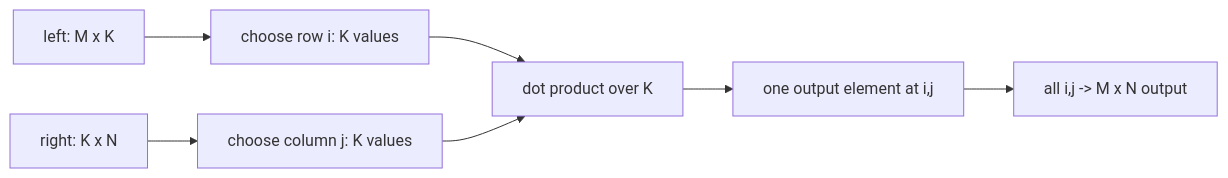
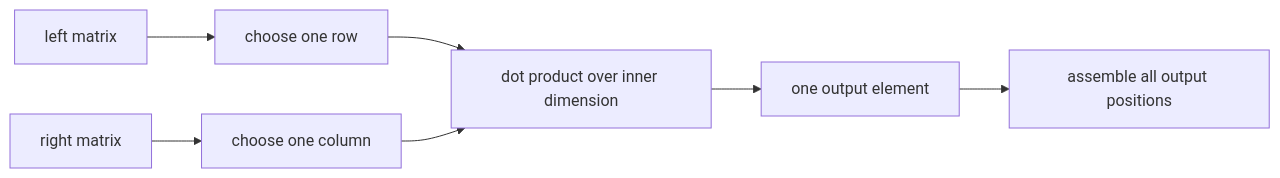
The second of 2 diagrams in ai_theory/T3/T3.md (FxorG00/system-learning-notes), drawn with Mermaid before and after one commit. The commit also changed other lines of this file and 6 other files, not shown here.

````diff
--- a/ai_theory/T3/T3.md
+++ b/ai_theory/T3/T3.md
@@ -397,9 +399,9 @@
 ```mermaid
 flowchart LR
-    L[left: M x K] --> R1[choose row i: K values]
-    R[right: K x N] --> C1[choose column j: K values]
-    R1 --> D[dot product over K]
+    L[left matrix] --> R1[choose one row]
+    R[right matrix] --> C1[choose one column]
+    R1 --> D[dot product over inner dimension]
     C1 --> D
-    D --> O[one output element at i,j]
-    O --> S[all i,j -> M x N output]
+    D --> O[one output element]
+    O --> S[assemble all output positions]
 ```
````
